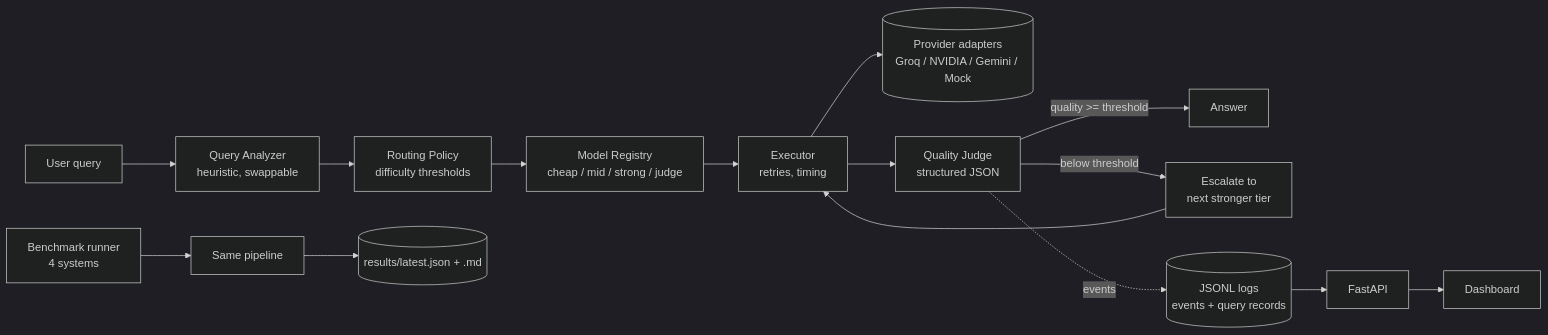
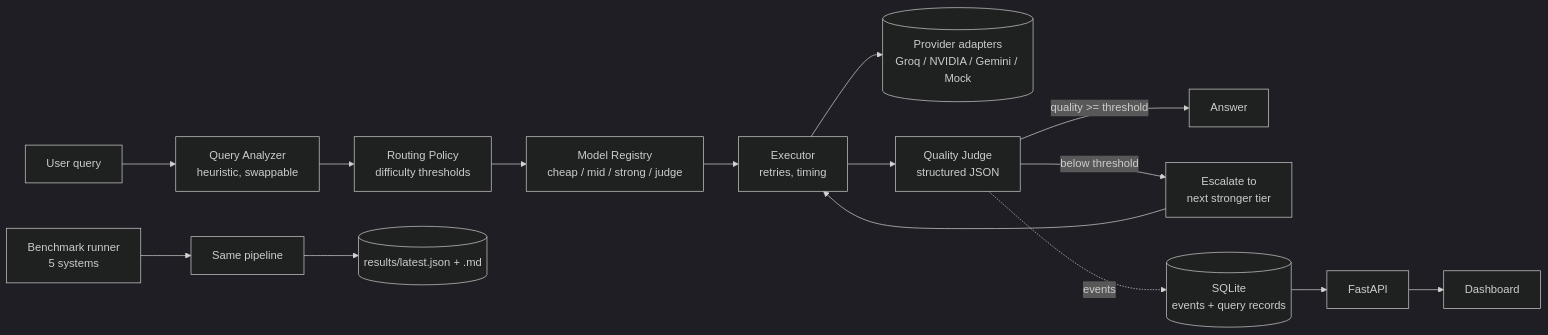
One commit to Kodishalathrilok/Smart_router changed the diagram in README.md. Above: the diagram before and after it, drawn with Mermaid (dark theme). The commit also changed other lines of this file and 68 other files, not shown here.

````diff
--- a/README.md
+++ b/README.md
@@ -24,16 +66,16 @@
 ```mermaid
 flowchart LR
     Q[User query] --> A[Query Analyzer<br/>heuristic, swappable]
     A --> P[Routing Policy<br/>difficulty thresholds]
     P --> R[Model Registry<br/>cheap / mid / strong / judge]
     R --> E[Executor<br/>retries, timing]
     E --> PR[(Provider adapters<br/>Groq / NVIDIA / Gemini / Mock)]
     E --> J[Quality Judge<br/>structured JSON]
     J -->|quality >= threshold| OUT[Answer]
     J -->|below threshold| ESC[Escalate to<br/>next stronger tier]
     ESC --> E
-    J -. events .-> L[(JSONL logs<br/>events + query records)]
+    J -. events .-> L[(SQLite<br/>events + query records)]
     L --> API[FastAPI] --> UI[Dashboard]
-    B[Benchmark runner<br/>4 systems] --> PL[Same pipeline]
+    B[Benchmark runner<br/>5 systems] --> PL[Same pipeline]
     PL --> RES[(results/latest.json + .md)]
 ```
````
